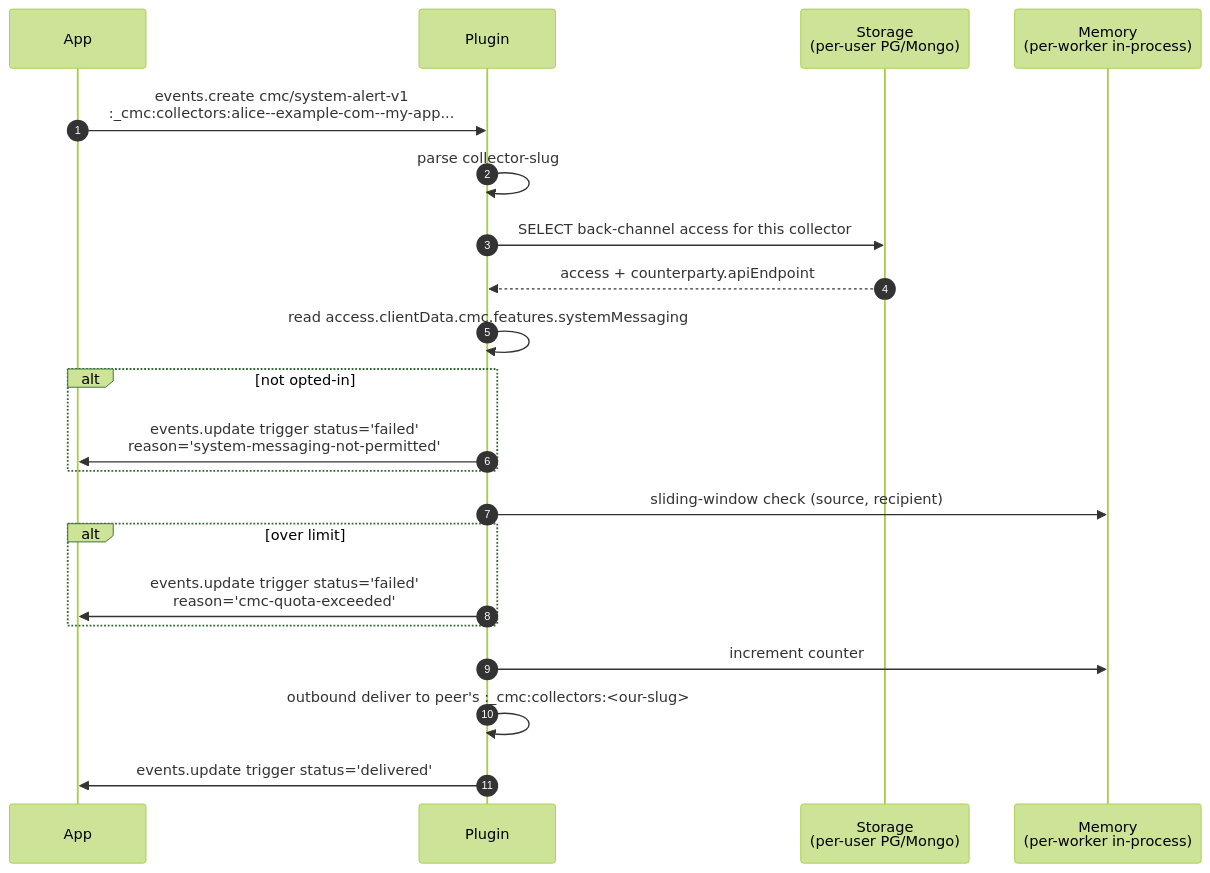
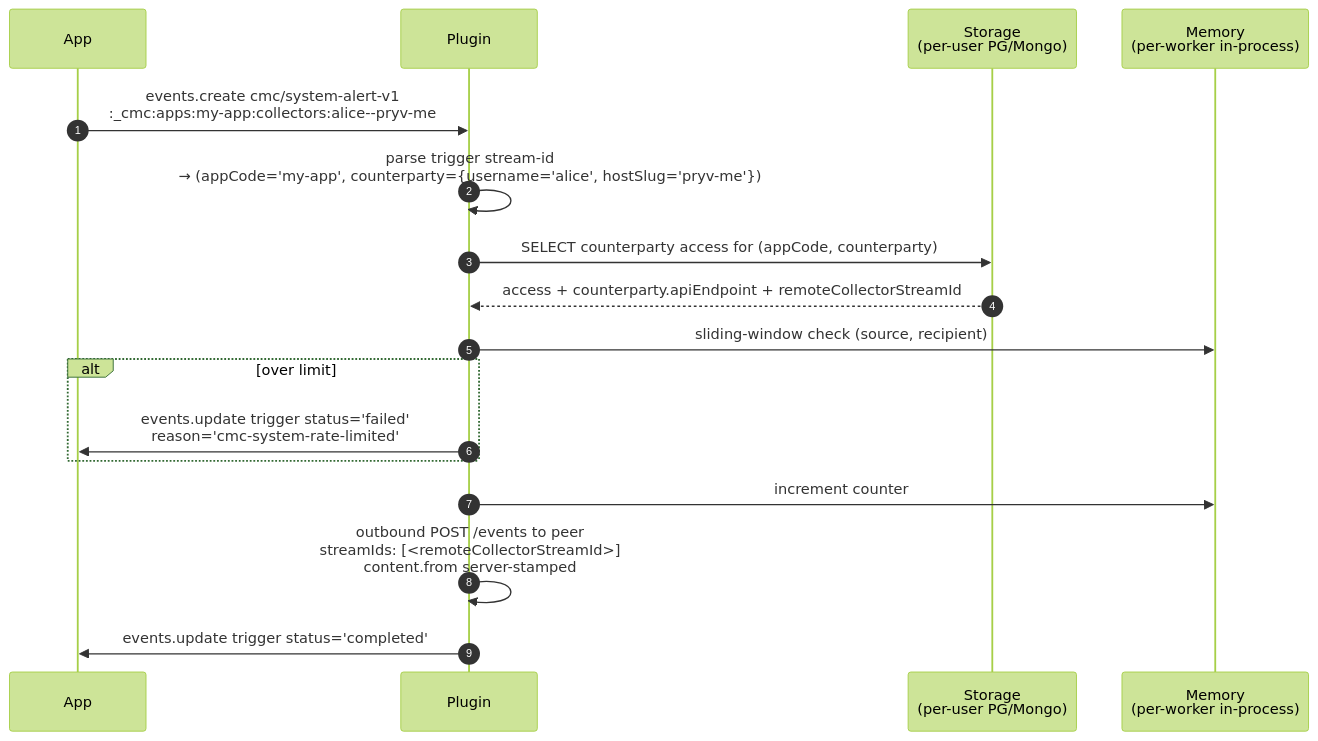
The seventh of 14 diagrams in components/cmc/INTERNALS.md (pryv/open-pryv.io), drawn with Mermaid (forest theme) before and after one commit. The commit also changed other lines of this file and 2 other files, not shown here.

First line of the commit message:
plan 68 — docs: rewrite to nested-under-apps namespace

````diff
--- a/components/cmc/INTERNALS.md
+++ b/components/cmc/INTERNALS.md
@@ -326,24 +326,20 @@
 ```mermaid
 sequenceDiagram
     autonumber
     participant App
     participant Plugin
     participant Storage as Storage<br/>(per-user PG/Mongo)
     participant Memory as Memory<br/>(per-worker in-process)
 
-    App->>Plugin: events.create cmc/system-alert-v1<br/>:_cmc:collectors:alice--example-com--my-app...
-    Plugin->>Plugin: parse collector-slug
-    Plugin->>Storage: SELECT back-channel access for this collector
-    Storage-->>Plugin: access + counterparty.apiEndpoint
-    Plugin->>Plugin: read access.clientData.cmc.features.systemMessaging
-    alt not opted-in
-        Plugin->>App: events.update trigger status='failed'<br/>reason='system-messaging-not-permitted'
-    end
+    App->>Plugin: events.create cmc/system-alert-v1<br/>:_cmc:apps:my-app:collectors:alice--pryv-me
+    Plugin->>Plugin: parse trigger stream-id<br/>→ (appCode='my-app', counterparty={username='alice', hostSlug='pryv-me'})
+    Plugin->>Storage: SELECT counterparty access for (appCode, counterparty)
+    Storage-->>Plugin: access + counterparty.apiEndpoint + remoteCollectorStreamId
     Plugin->>Memory: sliding-window check (source, recipient)
     alt over limit
-        Plugin->>App: events.update trigger status='failed'<br/>reason='cmc-quota-exceeded'
+        Plugin->>App: events.update trigger status='failed'<br/>reason='cmc-system-rate-limited'
     end
     Plugin->>Memory: increment counter
-    Plugin->>Plugin: outbound deliver to peer's :_cmc:collectors:<our-slug>
-    Plugin->>App: events.update trigger status='delivered'
+    Plugin->>Plugin: outbound POST /events to peer<br/>streamIds: [<remoteCollectorStreamId>]<br/>content.from server-stamped
+    Plugin->>App: events.update trigger status='completed'
 ```
````
